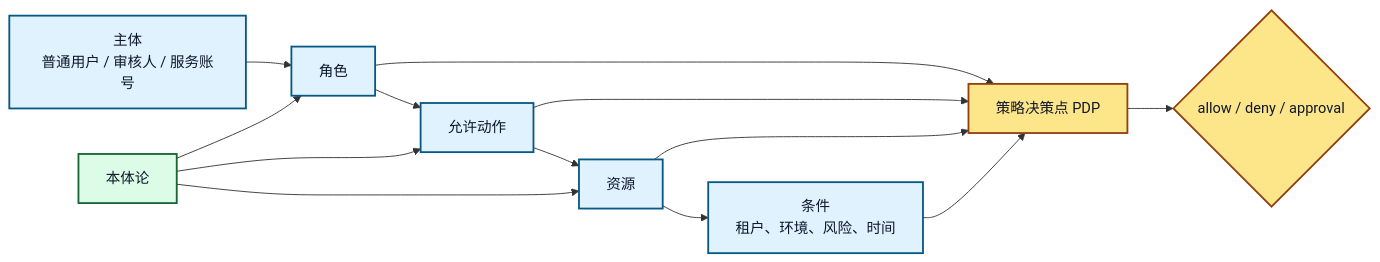
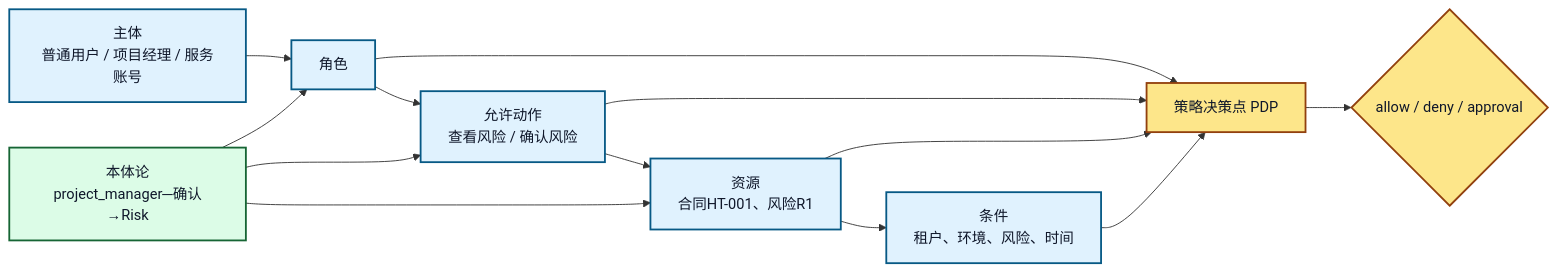
One commit to sealzrt/2026-08--agent changed the second of 4 diagrams in 本体论-agent/05-Agent集成/16.本体论与权限安全边界和异常处理.md. Above: the diagram before and after it, drawn with Mermaid. The commit also changed other lines of this file and 62 other files, not shown here.

````diff
--- a/本体论-agent/05-Agent集成/16.本体论与权限安全边界和异常处理.md
+++ b/本体论-agent/05-Agent集成/16.本体论与权限安全边界和异常处理.md
@@ -12,22 +59,22 @@
 ```mermaid
 flowchart LR
-    U[主体<br/>普通用户 / 审核人 / 服务账号] --> R[角色]
-    R --> A[允许动作]
-    A --> X[资源]
+    U[主体<br/>普通用户 / 项目经理 / 服务账号] --> R[角色]
+    R --> A[允许动作<br/>查看风险 / 确认风险]
+    A --> X[资源<br/>合同HT-001、风险R1]
     X --> C[条件<br/>租户、环境、风险、时间]
-    O[本体论] --> R
+    O[本体论<br/>project_manager─确认→Risk] --> R
     O --> A
     O --> X
     PDP[策略决策点 PDP] --> D{allow / deny / approval}
     R --> PDP
     A --> PDP
     X --> PDP
     C --> PDP
 
     classDef actor fill:#E0F2FE,stroke:#075985,color:#0F172A,stroke-width:2px;
     classDef semantic fill:#DCFCE7,stroke:#166534,color:#0F172A,stroke-width:2px;
     classDef decision fill:#FDE68A,stroke:#92400E,color:#0F172A,stroke-width:2px;
     class U,R,A,X,C actor;
     class O semantic;
     class PDP,D decision;
 ```
````
